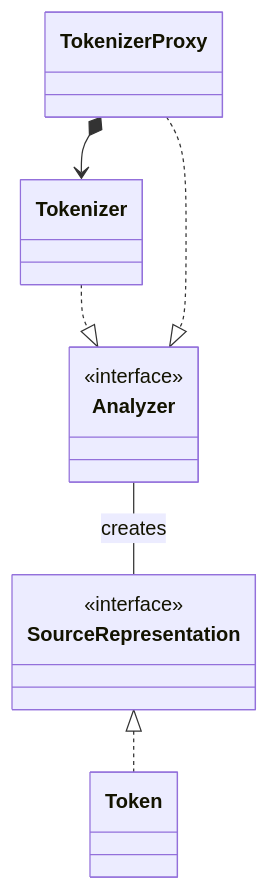
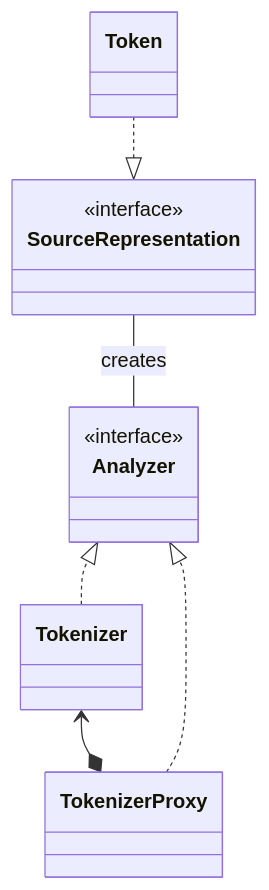
One commit to tassiLuca/code-plagiarism-detector-doc changed the sixth of 6 diagrams in doc.md. Above: the diagram before and after it, drawn with Mermaid. The commit also changed other lines of this file, not shown here.

Commit message:
docs: updated schemas direction

````diff
--- a/doc.md
+++ b/doc.md
@@ -214,20 +217,21 @@
 ```mermaid
 classDiagram
+    direction BT
     class Analyzer {
         <<interface>>
     }
 
     class Tokenizer
     class TokenizerProxy
 
     Tokenizer ..|> Analyzer
     TokenizerProxy ..|> Analyzer
     TokenizerProxy *--> Tokenizer
 
     class SourceRepresentation {
         <<interface>>
     }
     class Token
     SourceRepresentation <|.. Token
     Analyzer -- SourceRepresentation: creates
 ```
````
